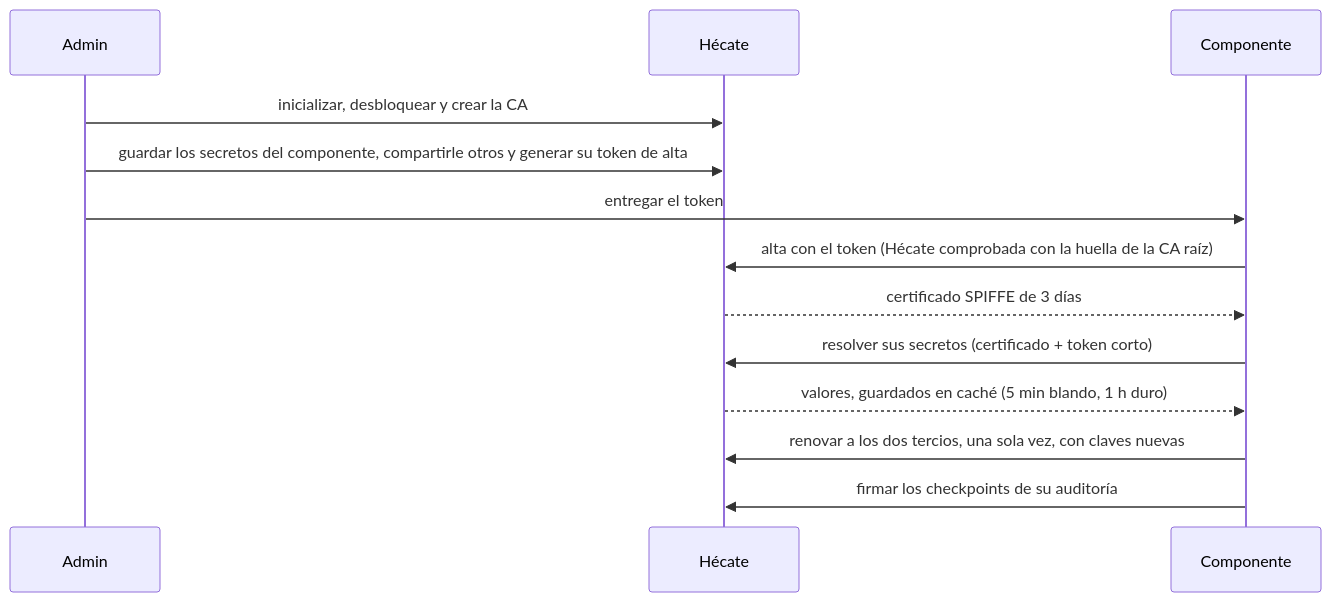
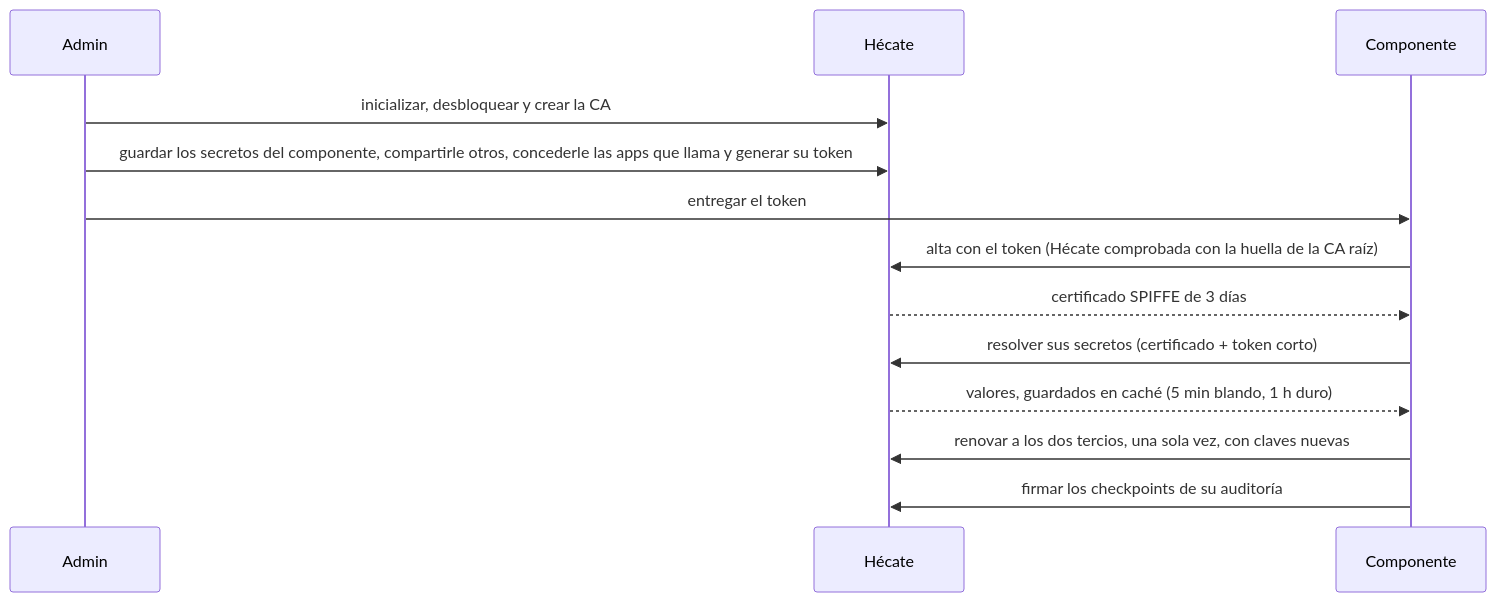
One commit to xandro30/Cerbero changed the second of 2 diagrams in docs/hecate.md. Above: the diagram before and after it, drawn with Mermaid. The commit also changed other lines of this file and 72 other files, not shown here.

````diff
--- a/docs/hecate.md
+++ b/docs/hecate.md
@@ -66,15 +66,15 @@
 ```mermaid
 sequenceDiagram
     participant A as Admin
     participant K as Hécate
     participant C as Componente
     A->>K: inicializar, desbloquear y crear la CA
-    A->>K: guardar los secretos del componente, compartirle otros y generar su token de alta
+    A->>K: guardar los secretos del componente, compartirle otros, concederle las apps que llama y generar su token
     A->>C: entregar el token
     C->>K: alta con el token (Hécate comprobada con la huella de la CA raíz)
     K-->>C: certificado SPIFFE de 3 días
     C->>K: resolver sus secretos (certificado + token corto)
     K-->>C: valores, guardados en caché (5 min blando, 1 h duro)
     C->>K: renovar a los dos tercios, una sola vez, con claves nuevas
     C->>K: firmar los checkpoints de su auditoría
 ```
````
